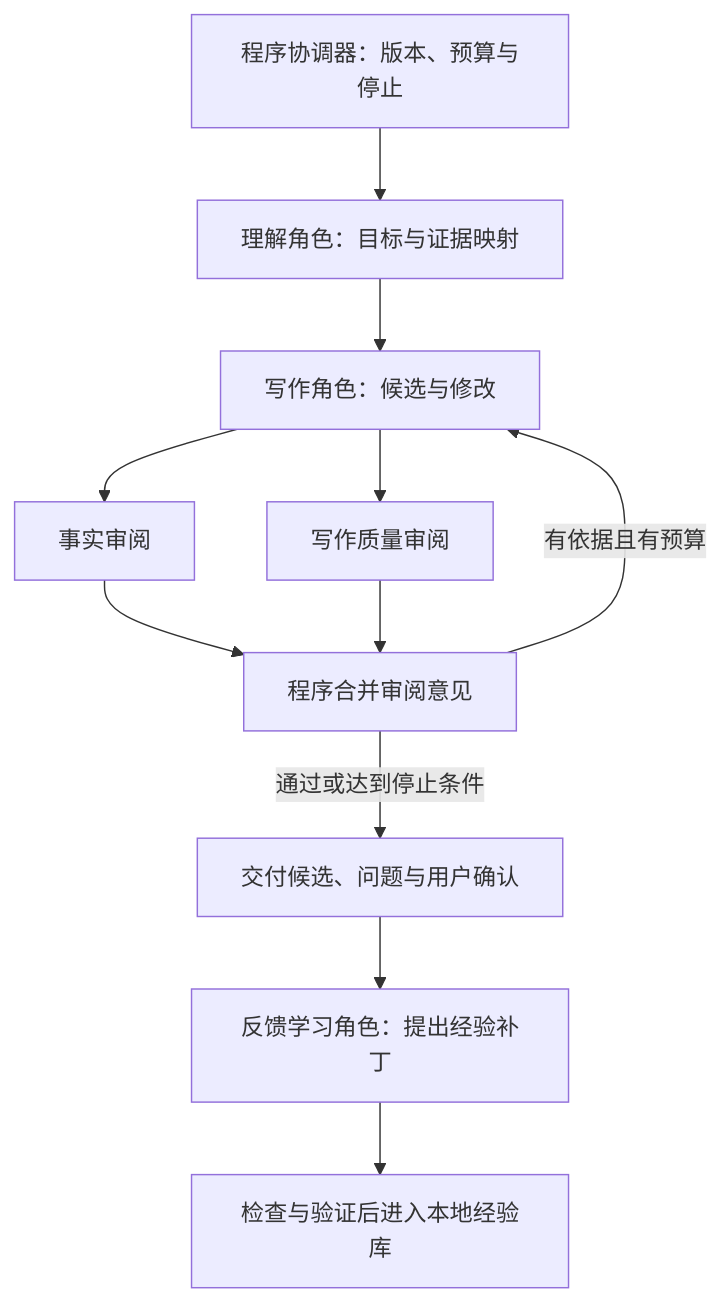
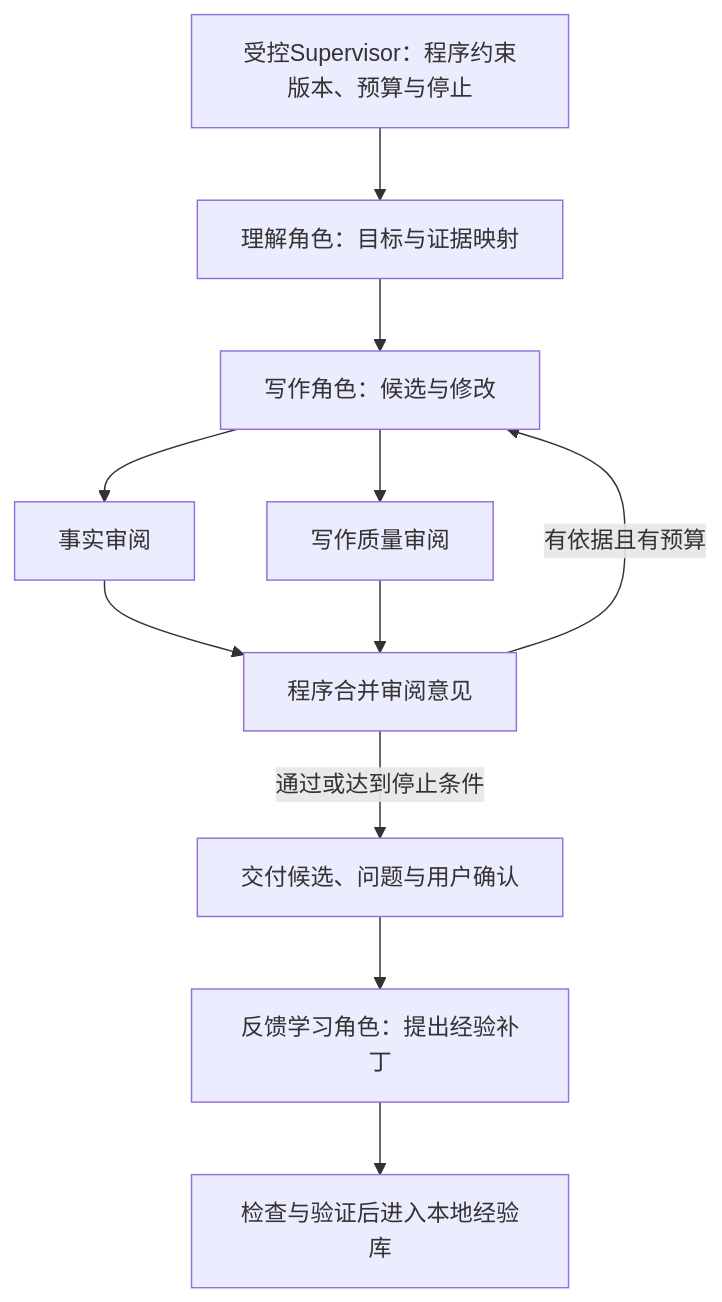
Before and after one commit to Dylanqxh/Match-Trajectory: the third of 3 diagrams in docs/互联网求职简历Agent产品设计方案.md, drawn with Mermaid. The commit also changed other lines of this file and 3 other files, not shown here.

````diff
--- a/docs/互联网求职简历Agent产品设计方案.md
+++ b/docs/互联网求职简历Agent产品设计方案.md
@@ -216,13 +216,13 @@
 ```mermaid
 flowchart TB
-  P[程序协调器：版本、预算与停止] --> U[理解角色：目标与证据映射]
+  P[受控Supervisor：程序约束版本、预算与停止] --> U[理解角色：目标与证据映射]
   U --> W[写作角色：候选与修改]
   W --> F[事实审阅]
   W --> Q[写作质量审阅]
   F --> M[程序合并审阅意见]
   Q --> M
   M -->|有依据且有预算| W
   M -->|通过或达到停止条件| V[交付候选、问题与用户确认]
   V --> L[反馈学习角色：提出经验补丁]
   L --> G[检查与验证后进入本地经验库]
 ```
````
